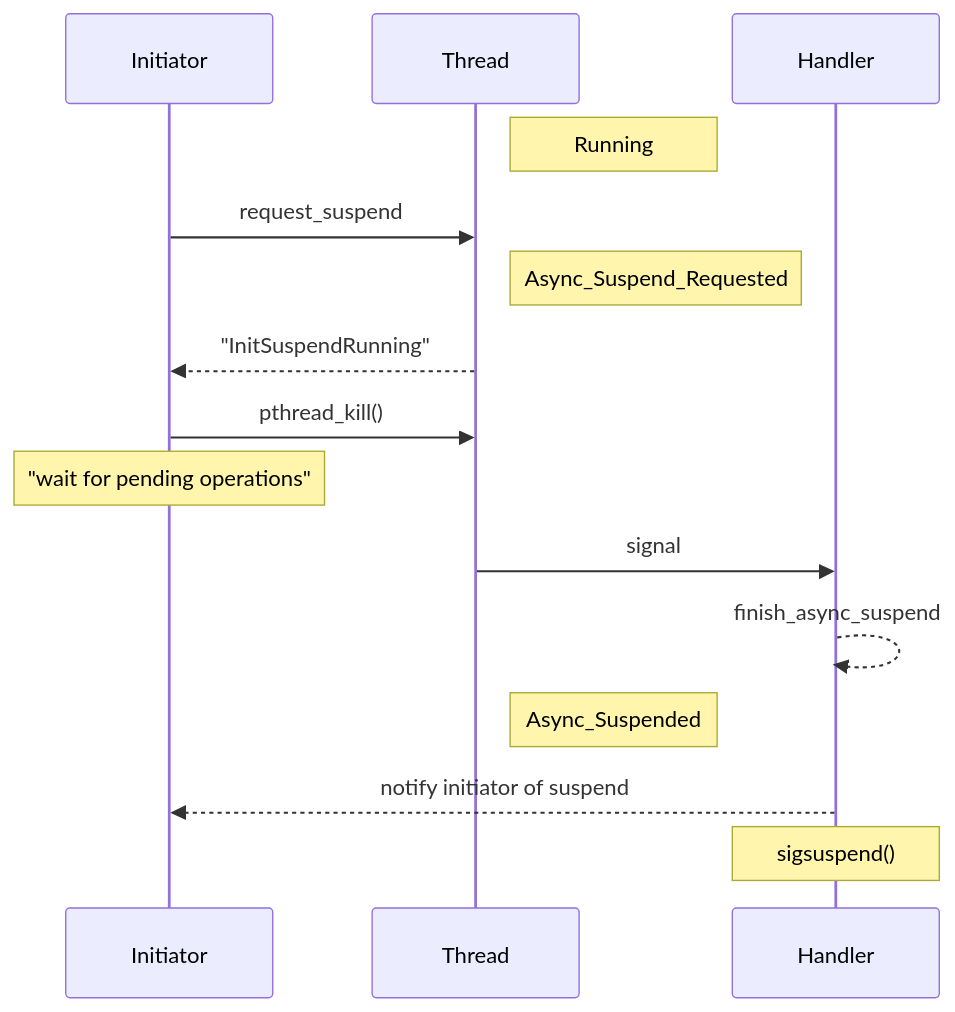
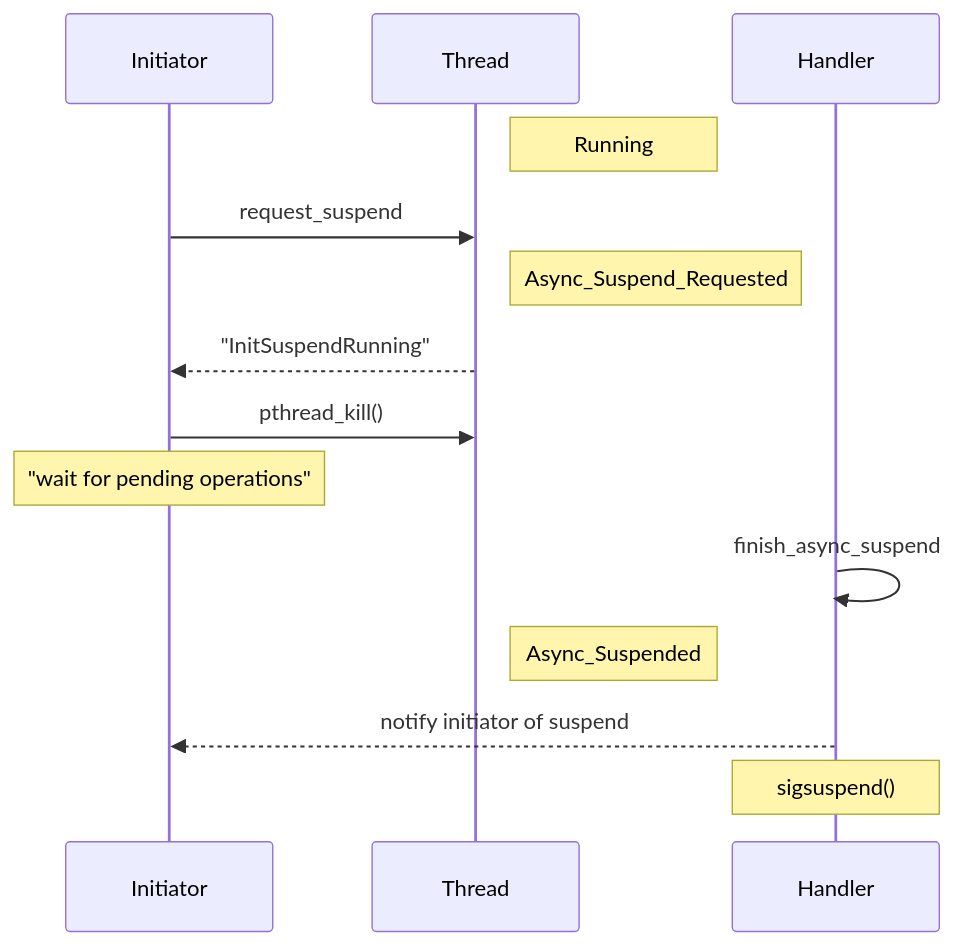
Before and after one commit to dotnet/runtime: the third of 13 diagrams in docs/design/mono/mono-thread-state-machine.md, drawn with Mermaid. The commit also changed other lines of this file, not shown here.

````diff
--- a/docs/design/mono/mono-thread-state-machine.md
+++ b/docs/design/mono/mono-thread-state-machine.md
@@ -114,17 +114,16 @@
 ```mermaid
 sequenceDiagram
 participant Initiator
 participant Thread
 participant Handler
 Note right of Thread: Running
 Initiator->>Thread: request_suspend
 Note right of Thread: Async_Suspend_Requested
 Thread-->>Initiator: "InitSuspendRunning"
 Initiator->>Thread: pthread_kill()
 Note over Initiator: "wait for pending operations"
-Thread->>Handler: signal
-Handler-->>Handler: finish_async_suspend
+Handler->>Handler: finish_async_suspend
 Note right of Thread: Async_Suspended
 Handler-->>Initiator: notify initiator of suspend
 Note over Handler: sigsuspend()
 ```
````
